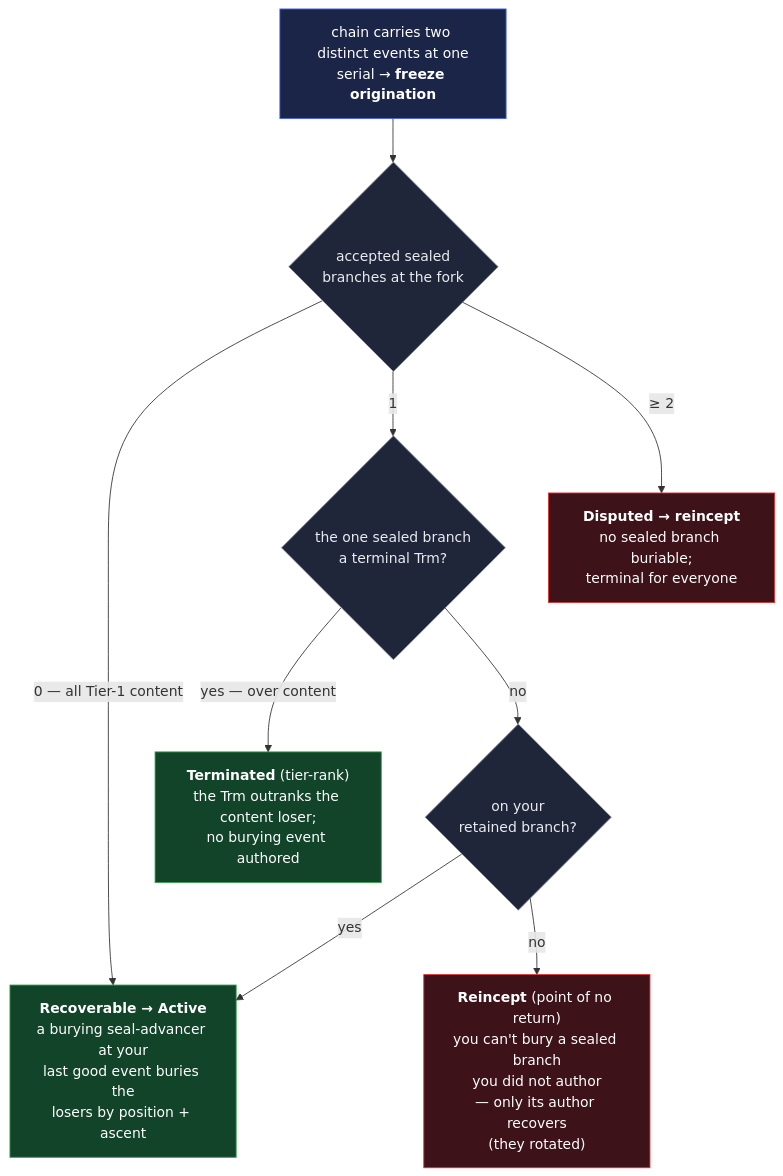
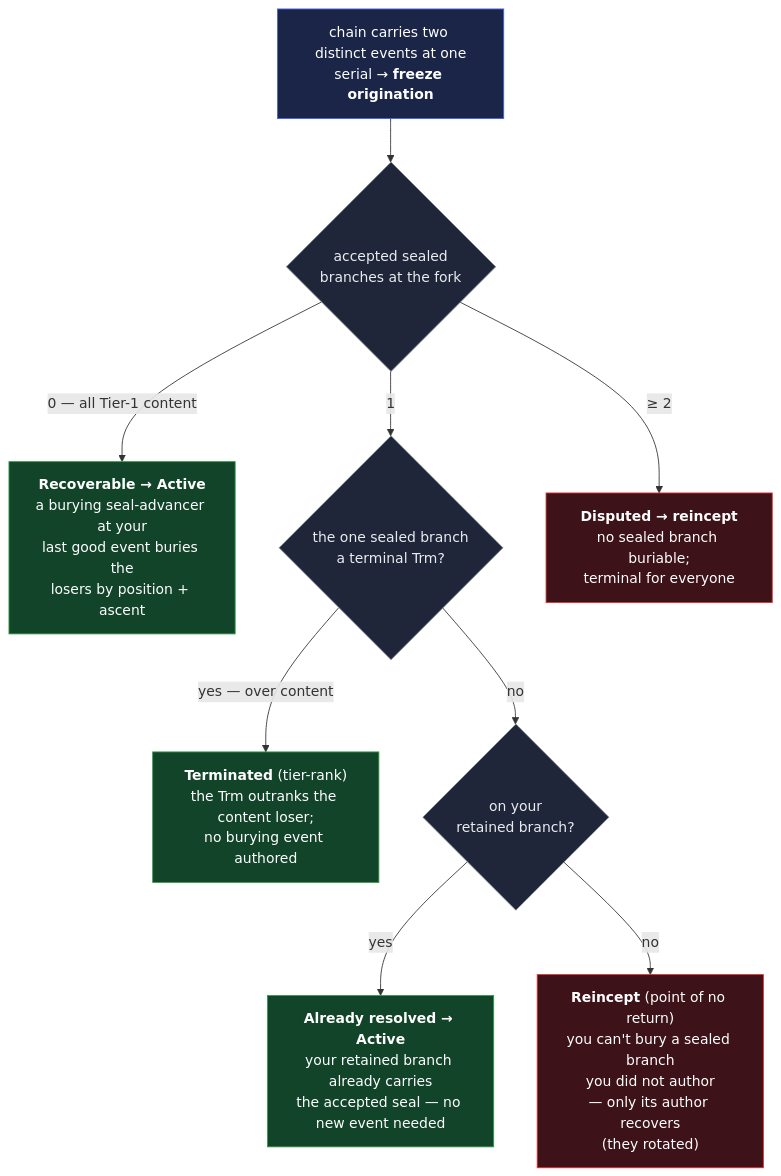
One commit to jasoncolburne/vdti changed the first of 4 diagrams in docs/design/protocol-doctrine.md. Above: the diagram before and after it, drawn with Mermaid. The commit also changed other lines of this file and 67 other files, not shown here.

````diff
--- a/docs/design/protocol-doctrine.md
+++ b/docs/design/protocol-doctrine.md
@@ -396,16 +408,16 @@
 ```mermaid
 flowchart TD
   A["chain carries two distinct events at one<br/>serial → <b>freeze origination</b>"]:::start
   A --> N{"accepted sealed<br/>branches at the fork"}:::q
   N -->|"0 — all Tier-1 content"| R["<b>Recoverable → Active</b><br/>a burying seal-advancer at your<br/>last good event buries the<br/>losers by position + ascent"]:::good
   N -->|"1"| M{"the one sealed branch<br/>a terminal Trm?"}:::q
   M -->|"yes — over content"| TR["<b>Terminated</b> (tier-rank)<br/>the Trm outranks the content loser;<br/>no burying event authored"]:::good
   M -->|"no"| F{"on your<br/>retained branch?"}:::q
-  F -->|yes| R
+  F -->|yes| RA["<b>Already resolved → Active</b><br/>your retained branch already carries<br/>the accepted seal — no new event needed"]:::good
   F -->|no| PR["<b>Reincept</b> (point of no return)<br/>you can't bury a sealed branch<br/>you did not author<br/>— only its author recovers<br/>(they rotated)"]:::bad
   N -->|"≥ 2"| DP["<b>Disputed → reincept</b><br/>no sealed branch buriable;<br/>terminal for everyone"]:::bad
   classDef start fill:#1a2547,stroke:#4263eb,color:#fff
   classDef q fill:#20263a,stroke:#868e96,color:#e9ecef
   classDef good fill:#12442a,stroke:#2f9e44,color:#fff
   classDef bad fill:#3d1218,stroke:#e03131,color:#fff
 ```
````
